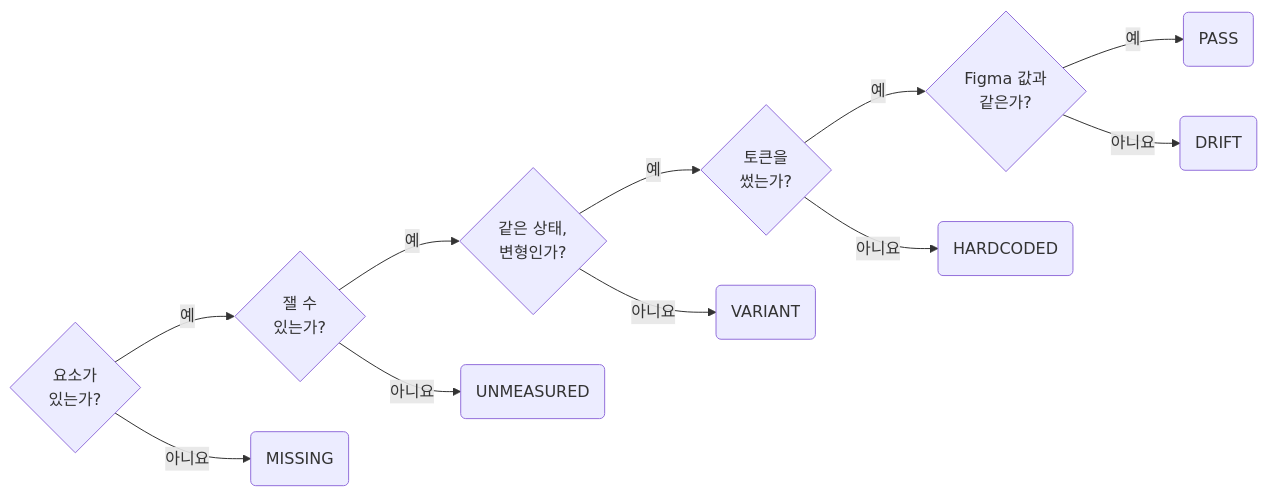
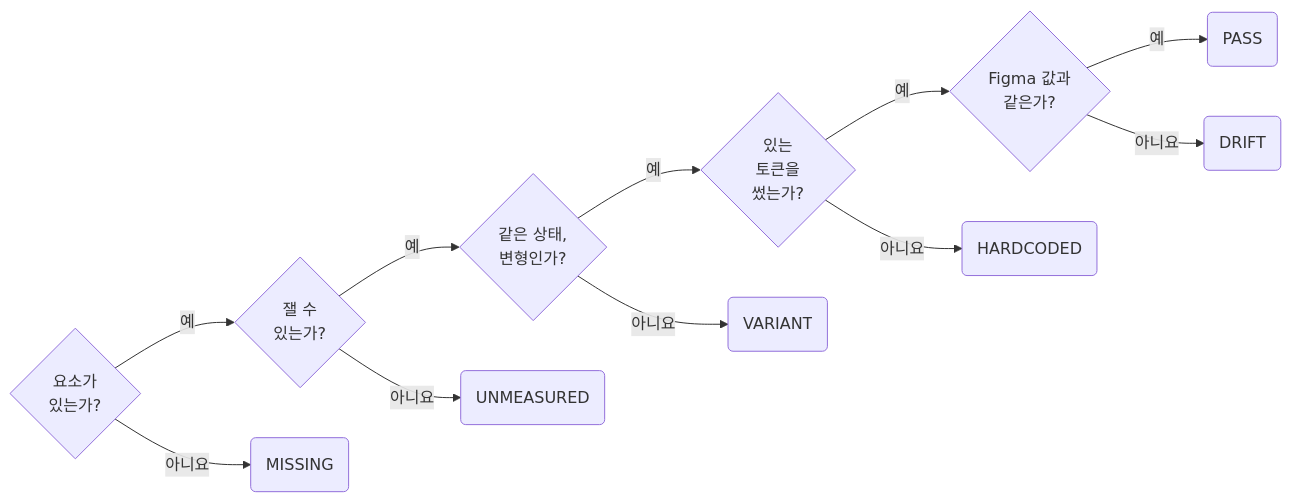
Before and after one commit to nomeehej/agent-conventions: the diagram in skill/figma/rules/05-01-verify-measure-rendered-values-before-claiming-parity.md, drawn with Mermaid. The commit also changed other lines of this file and 59 other files, not shown here.

````diff
--- a/skill/figma/rules/05-01-verify-measure-rendered-values-before-claiming-parity.md
+++ b/skill/figma/rules/05-01-verify-measure-rendered-values-before-claiming-parity.md
@@ -40,9 +45,9 @@
 ```mermaid
 flowchart LR
-	q1{"요소가<br>있는가?"} -- 예 --> q2{"잴 수<br>있는가?"} -- 예 --> q3{"같은 상태,<br>변형인가?"} -- 예 --> q4{"토큰을<br>썼는가?"} -- 예 --> q5{"Figma 값과<br>같은가?"} -- 예 --> r6("PASS")
+	q1{"요소가<br>있는가?"} -- 예 --> q2{"잴 수<br>있는가?"} -- 예 --> q3{"같은 상태,<br>변형인가?"} -- 예 --> q4{"있는<br>토큰을<br>썼는가?"} -- 예 --> q5{"Figma 값과<br>같은가?"} -- 예 --> r6("PASS")
 	q1 -- 아니요 --> r1("MISSING")
 	q2 -- 아니요 --> r2("UNMEASURED")
 	q3 -- 아니요 --> r3("VARIANT")
 	q4 -- 아니요 --> r4("HARDCODED")
 	q5 -- 아니요 --> r5("DRIFT")
 ```
````
